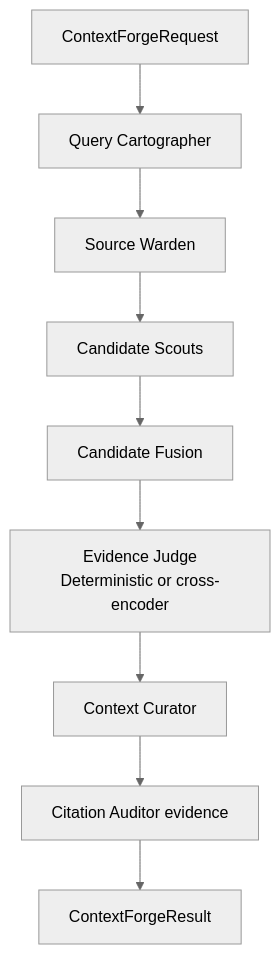
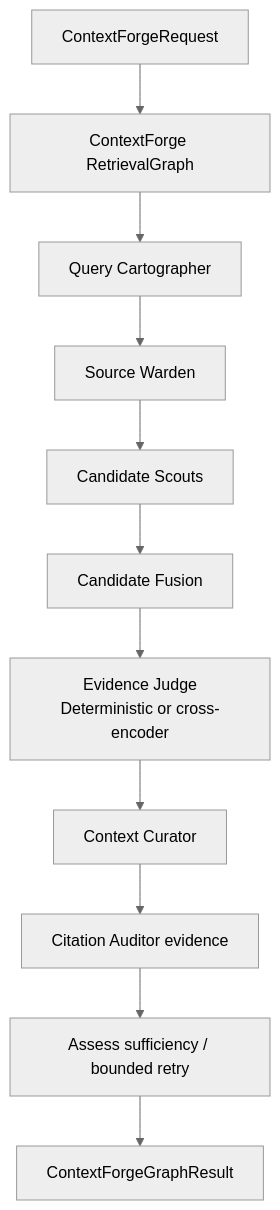
Before and after one commit to heecheon92/my-agents: the diagram in my_agents/agents/context_forge/README.en.md, drawn with Mermaid (neutral theme). The commit also changed other lines of this file and 30 other files, not shown here.

First line of the commit message:
Preserve graph memory audit boundaries

````diff
--- a/my_agents/agents/context_forge/README.en.md
+++ b/my_agents/agents/context_forge/README.en.md
@@ -18,11 +20,13 @@
 ```mermaid
 flowchart TD
-    Request[ContextForgeRequest] --> Planner[Query Cartographer]
+    Request[ContextForgeRequest] --> Graph[ContextForge RetrievalGraph]
+    Graph --> Planner[Query Cartographer]
     Planner --> Warden[Source Warden]
     Warden --> Scouts[Candidate Scouts]
     Scouts --> Fusion[Candidate Fusion]
     Fusion --> Judge[Evidence Judge\nDeterministic or cross-encoder]
     Judge --> Curator[Context Curator]
     Curator --> Auditor[Citation Auditor evidence]
-    Auditor --> Result[ContextForgeResult]
+    Auditor --> Assess[Assess sufficiency / bounded retry]
+    Assess --> Result[ContextForgeGraphResult]
 ```
````
